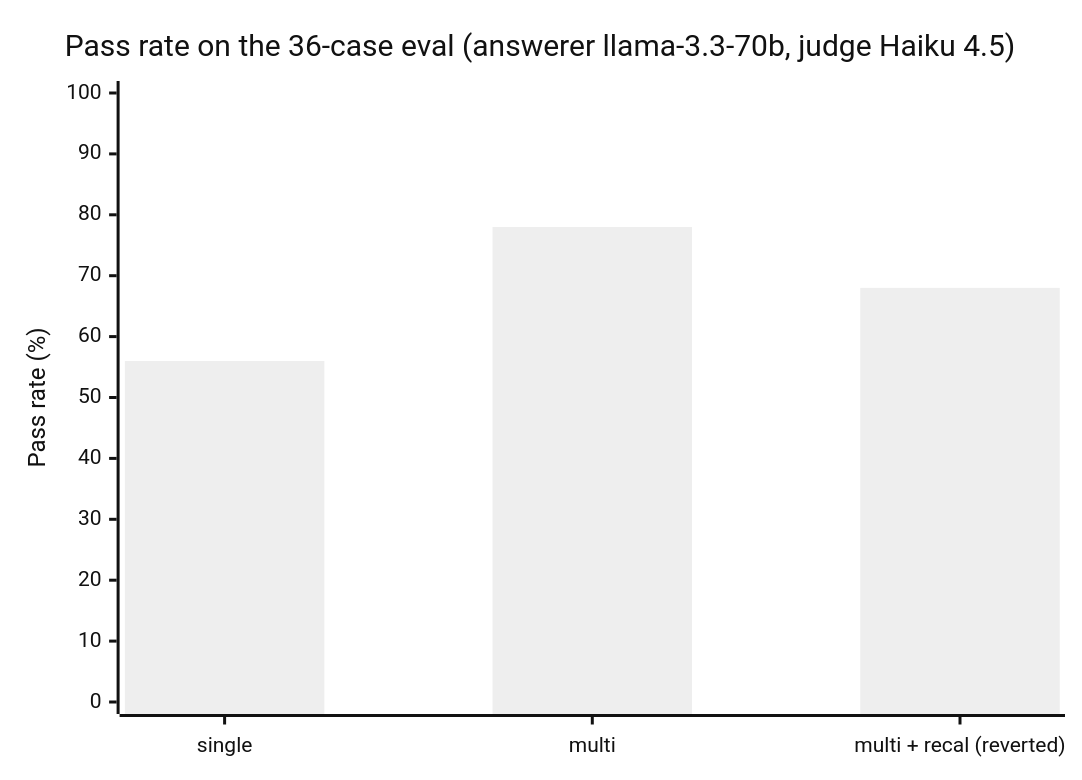
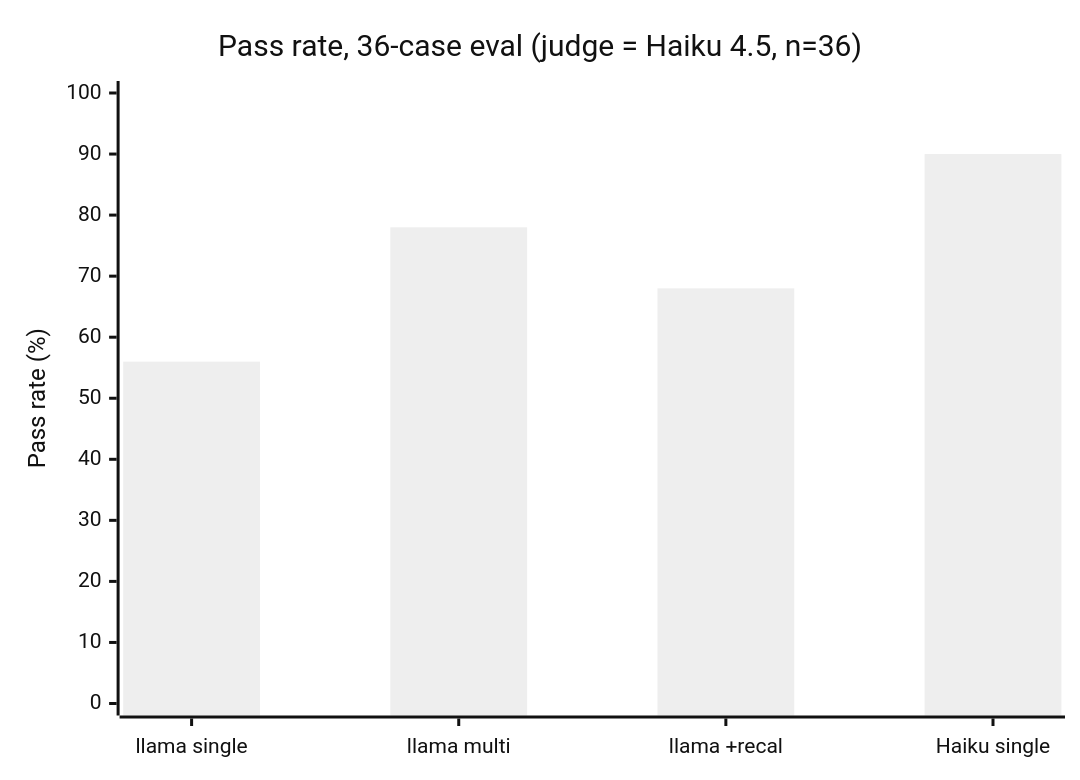
The diagram in README.md (nskq4b6gmv-rgb/oncall-copilot), drawn with Mermaid (neutral theme) before and after one commit. The commit also changed other lines of this file and 3 other files, not shown here.

First line of the commit message:
perf+eval: parallelize eval (EVAL_WORKERS, 4.6x) + answerer comparison (Haiku 91% vs llama 56%)

````diff
--- a/README.md
+++ b/README.md
@@ -21,7 +22,7 @@
 ```mermaid
 xychart-beta
-    title "Pass rate on the 36-case eval (answerer llama-3.3-70b, judge Haiku 4.5)"
-    x-axis ["single", "multi", "multi + recal (reverted)"]
+    title "Pass rate, 36-case eval (judge = Haiku 4.5, n=36)"
+    x-axis ["llama single", "llama multi", "llama +recal", "Haiku single"]
     y-axis "Pass rate (%)" 0 --> 100
-    bar [56, 78, 68]
+    bar [56, 78, 68, 90]
 ```
````
